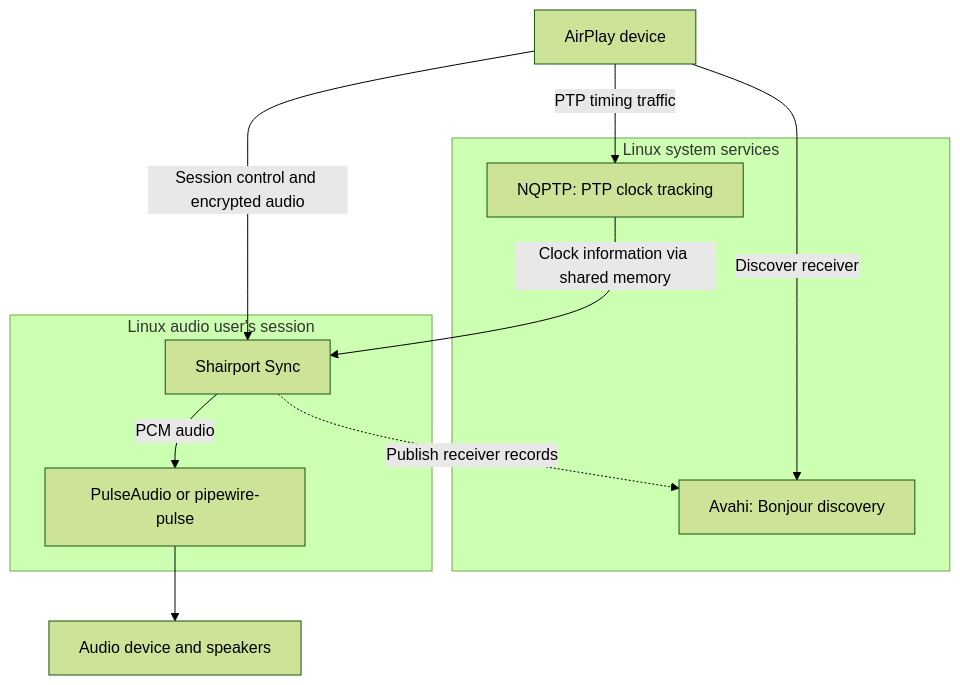
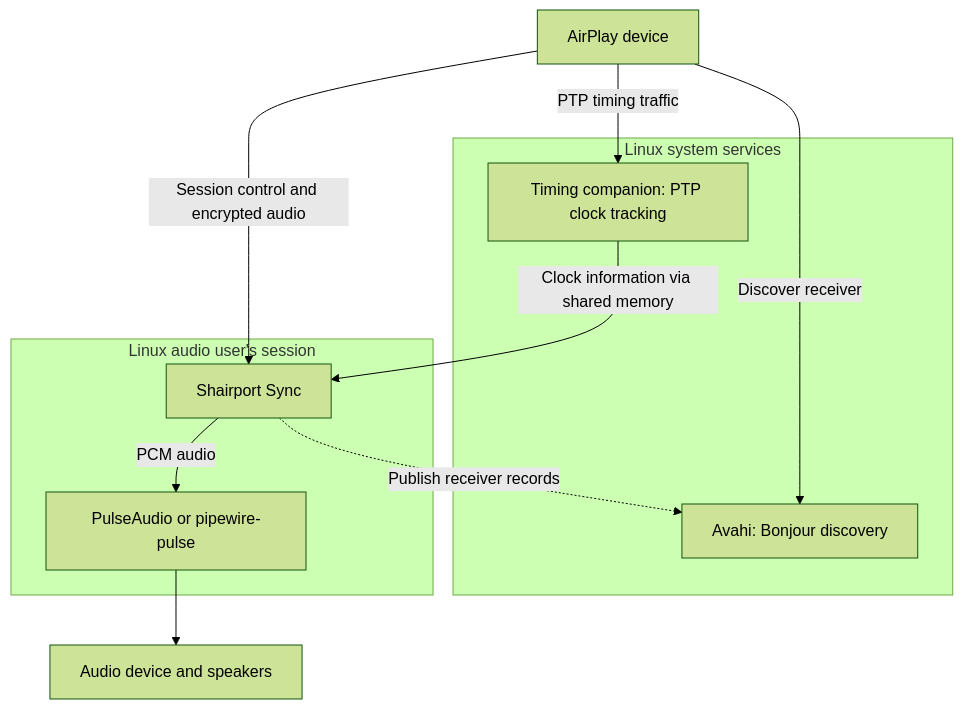
The first of 4 diagrams in README.md (gstn-caruso/shairport-sync), drawn with Mermaid (forest theme) before and after one commit. The commit also changed other lines of this file, not shown here.

Commit message:
docs: describe integrated timing companion by its role (#46)

````diff
--- a/README.md
+++ b/README.md
@@ -35,20 +37,20 @@
 ```mermaid
 flowchart TD
     sender["AirPlay device"]
     subgraph system["Linux system services"]
         avahi["Avahi: Bonjour discovery"]
-        nqptp["NQPTP: PTP clock tracking"]
+        timing["Timing companion: PTP clock tracking"]
     end
     subgraph user["Linux audio user's session"]
         receiver["Shairport Sync"]
         audio["PulseAudio or pipewire-pulse"]
     end
     speakers["Audio device and speakers"]
     sender -->|"Discover receiver"| avahi
-    sender -->|"PTP timing traffic"| nqptp
+    sender -->|"PTP timing traffic"| timing
     sender -->|"Session control and encrypted audio"| receiver
     receiver -.->|"Publish receiver records"| avahi
-    nqptp -->|"Clock information via shared memory"| receiver
+    timing -->|"Clock information via shared memory"| receiver
     receiver -->|"PCM audio"| audio
     audio --> speakers
 ```
````
